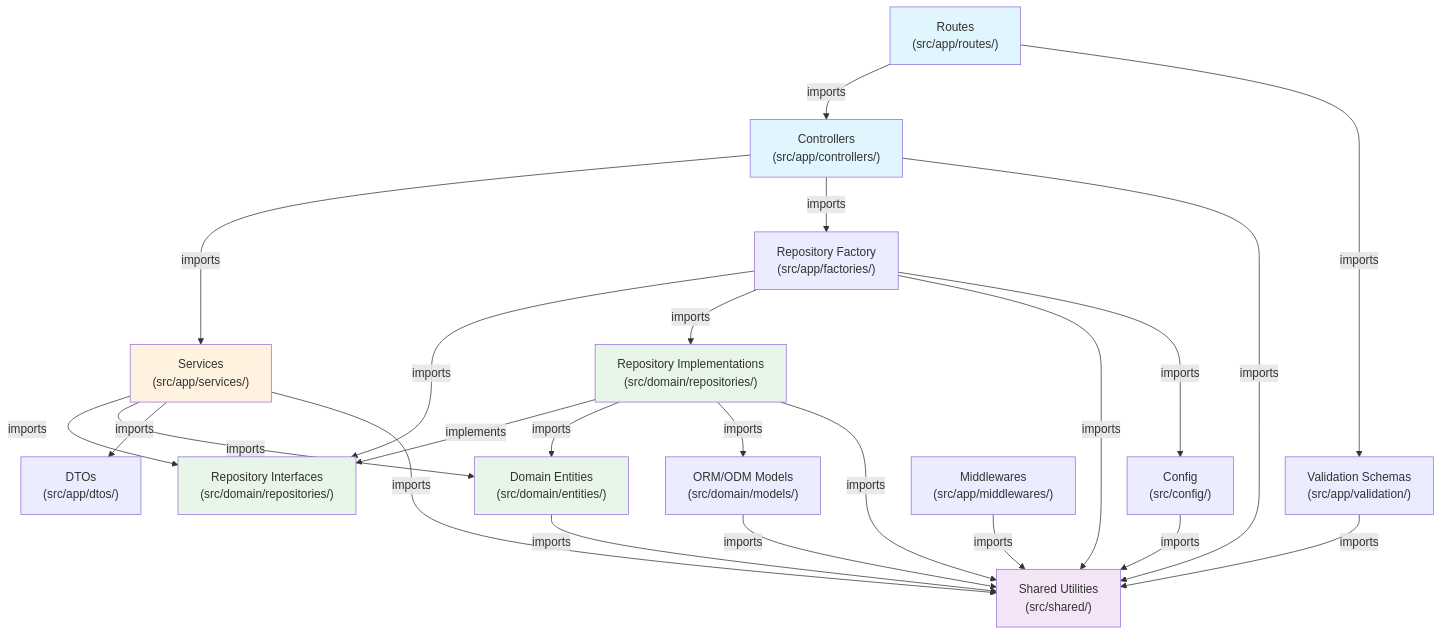
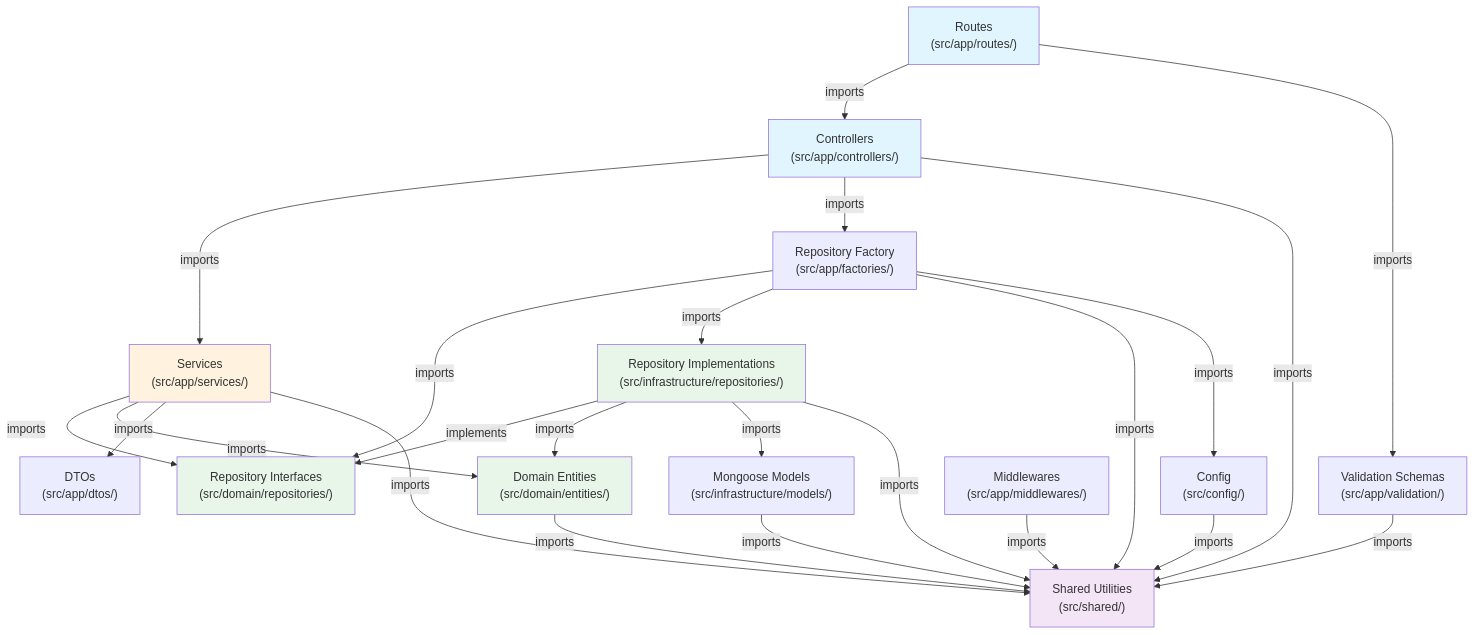
One commit to alex16jpv/lag-money-manager changed the diagram in docs/architecture/dependency-rules.md. Above: the diagram before and after it, drawn with Mermaid. The commit also changed other lines of this file and 37 other files, not shown here.

````diff
--- a/docs/architecture/dependency-rules.md
+++ b/docs/architecture/dependency-rules.md
@@ -5,47 +5,47 @@
 ```mermaid
 graph TD
     ROUTES["Routes<br/>(src/app/routes/)"]
     CTRL["Controllers<br/>(src/app/controllers/)"]
     SVC["Services<br/>(src/app/services/)"]
     REPO_I["Repository Interfaces<br/>(src/domain/repositories/)"]
-    REPO_IMPL["Repository Implementations<br/>(src/domain/repositories/)"]
+    REPO_IMPL["Repository Implementations<br/>(src/infrastructure/repositories/)"]
     ENT["Domain Entities<br/>(src/domain/entities/)"]
     DTO["DTOs<br/>(src/app/dtos/)"]
     VAL["Validation Schemas<br/>(src/app/validation/)"]
     FACTORY["Repository Factory<br/>(src/app/factories/)"]
-    MODELS["ORM/ODM Models<br/>(src/domain/models/)"]
+    MODELS["Mongoose Models<br/>(src/infrastructure/models/)"]
     SHARED["Shared Utilities<br/>(src/shared/)"]
     CONFIG["Config<br/>(src/config/)"]
     MW["Middlewares<br/>(src/app/middlewares/)"]
 
     ROUTES -->|imports| CTRL
     ROUTES -->|imports| VAL
     CTRL -->|imports| SVC
     CTRL -->|imports| FACTORY
     CTRL -->|imports| SHARED
     SVC -->|imports| REPO_I
     SVC -->|imports| ENT
     SVC -->|imports| DTO
     SVC -->|imports| SHARED
     REPO_IMPL -->|implements| REPO_I
     REPO_IMPL -->|imports| ENT
     REPO_IMPL -->|imports| MODELS
     REPO_IMPL -->|imports| SHARED
     FACTORY -->|imports| REPO_I
     FACTORY -->|imports| REPO_IMPL
     FACTORY -->|imports| SHARED
     FACTORY -->|imports| CONFIG
     MODELS -->|imports| SHARED
     MW -->|imports| SHARED
     VAL -->|imports| SHARED
     CONFIG -->|imports| SHARED
     ENT -->|imports| SHARED
 
     style ROUTES fill:#e1f5fe
     style CTRL fill:#e1f5fe
     style SVC fill:#fff3e0
     style REPO_I fill:#e8f5e9
     style REPO_IMPL fill:#e8f5e9
     style ENT fill:#e8f5e9
     style SHARED fill:#f3e5f5
 ```
````
